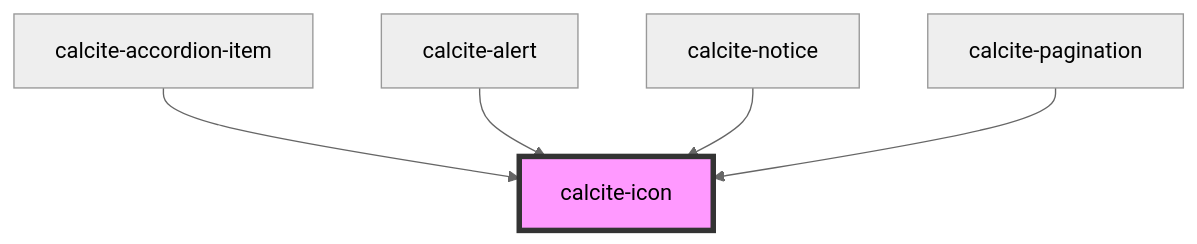
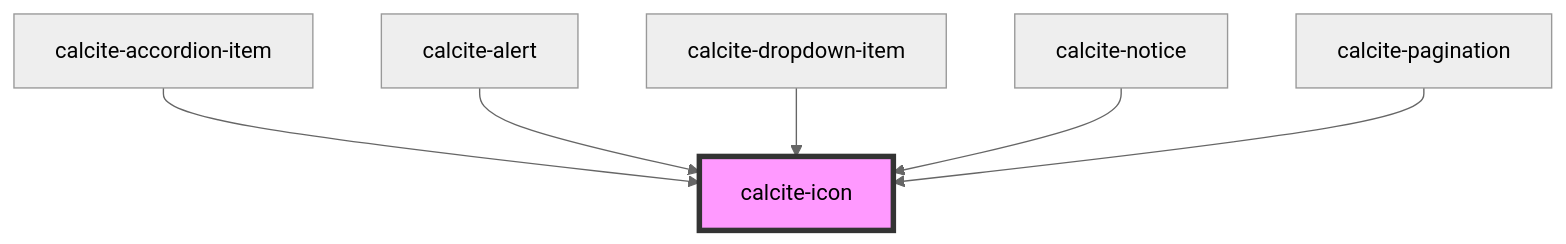
The diagram in src/components/calcite-icon/readme.md (vikivakarvc/calcite-design-system), drawn with Mermaid (neutral theme) before and after one commit. The commit also changed other lines of this file and 7 other files, not shown here.

First line of the commit message:
Adds ability to add icon to calcite-dropdown-item

````diff
--- a/src/components/calcite-icon/readme.md
+++ b/src/components/calcite-icon/readme.md
@@ -41,8 +42,9 @@
 ```mermaid
 graph TD;
   calcite-accordion-item --> calcite-icon
   calcite-alert --> calcite-icon
+  calcite-dropdown-item --> calcite-icon
   calcite-notice --> calcite-icon
   calcite-pagination --> calcite-icon
   style calcite-icon fill:#f9f,stroke:#333,stroke-width:4px
 ```
````
